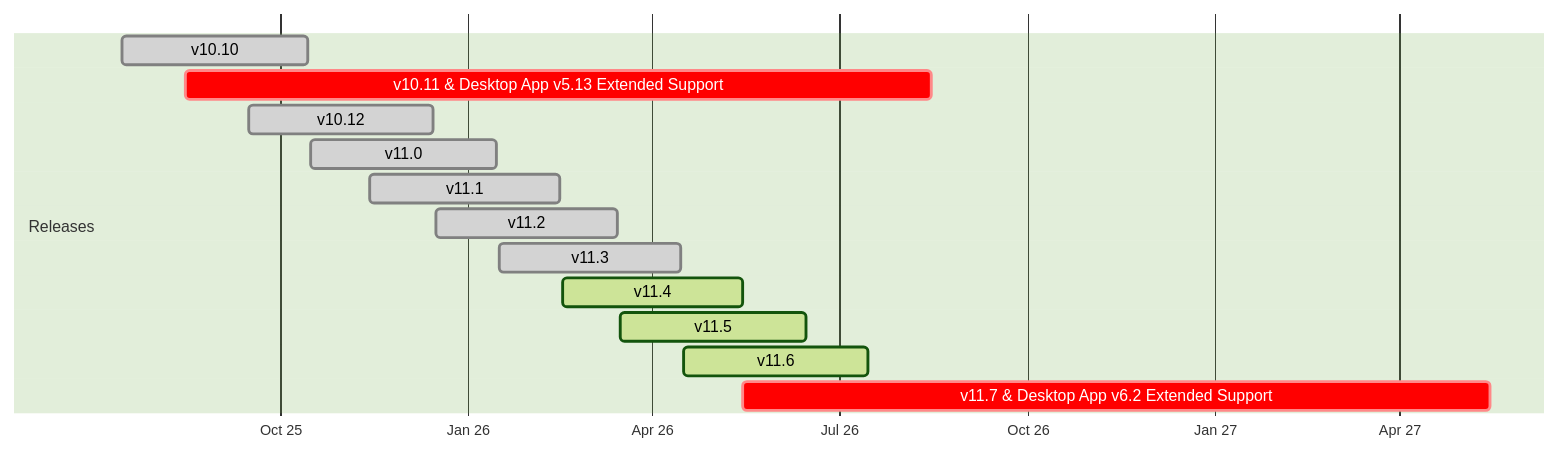
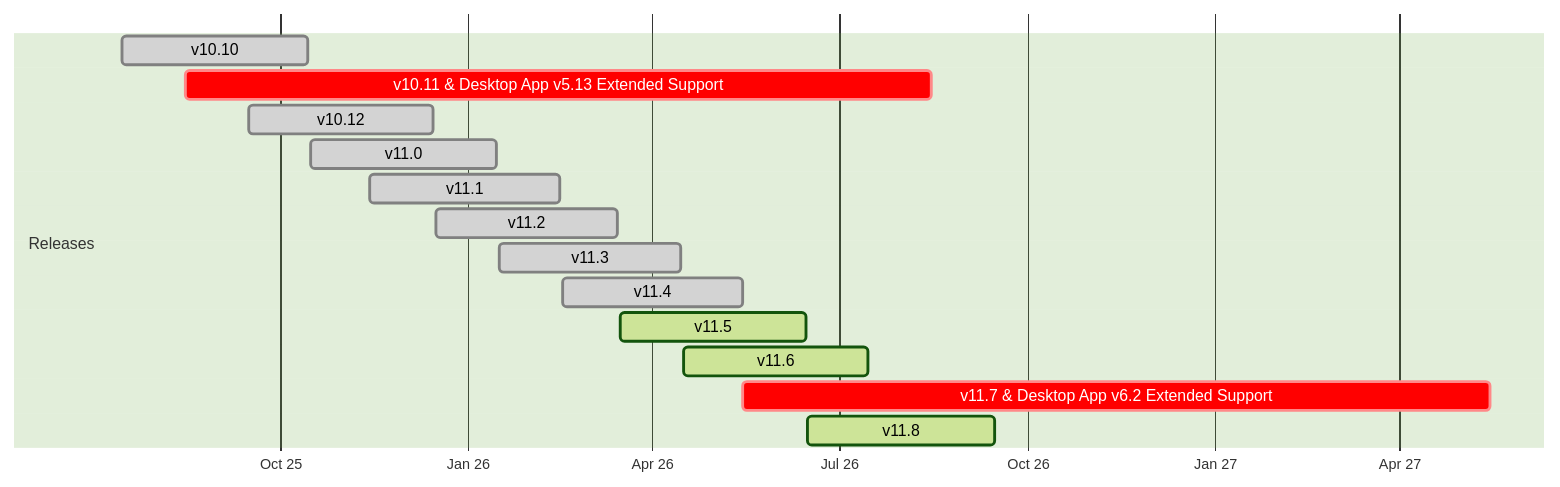
Before and after one commit to mattermost/docs: the diagram in source/product-overview/release-policy.md, drawn with Mermaid (forest theme). The commit also changed other lines of this file and 8 other files, not shown here.

````diff
--- a/source/product-overview/release-policy.md
+++ b/source/product-overview/release-policy.md
@@ -44,19 +44,20 @@
 ```{mermaid}
 
 gantt
     dateFormat  YYYY-MM-DD
     axisFormat  %b %y
 
     section Releases
     v10.10                 :done, 2025-07-16, 2025-10-15
     v10.11 & Desktop App v5.13 Extended Support :crit,    2025-08-16, 2026-08-15
     v10.12                 :done, 2025-09-16, 2025-12-15
     v11.0                  :done, 2025-10-16, 2026-01-15
     v11.1                  :done, 2025-11-14, 2026-02-15
     v11.2                  :done, 2025-12-16, 2026-03-15
     v11.3                  :done, 2026-01-16, 2026-04-15
-    v11.4                  :active, 2026-02-16, 2026-05-15
+    v11.4                  :done, 2026-02-16, 2026-05-15
     v11.5                  :active, 2026-03-16, 2026-06-15
     v11.6                  :active, 2026-04-16, 2026-07-15
     v11.7 & Desktop App v6.2 Extended Support :crit,    2026-05-15, 2027-05-15
+    v11.8                  :active, 2026-06-16, 2026-09-15
 ```
````
